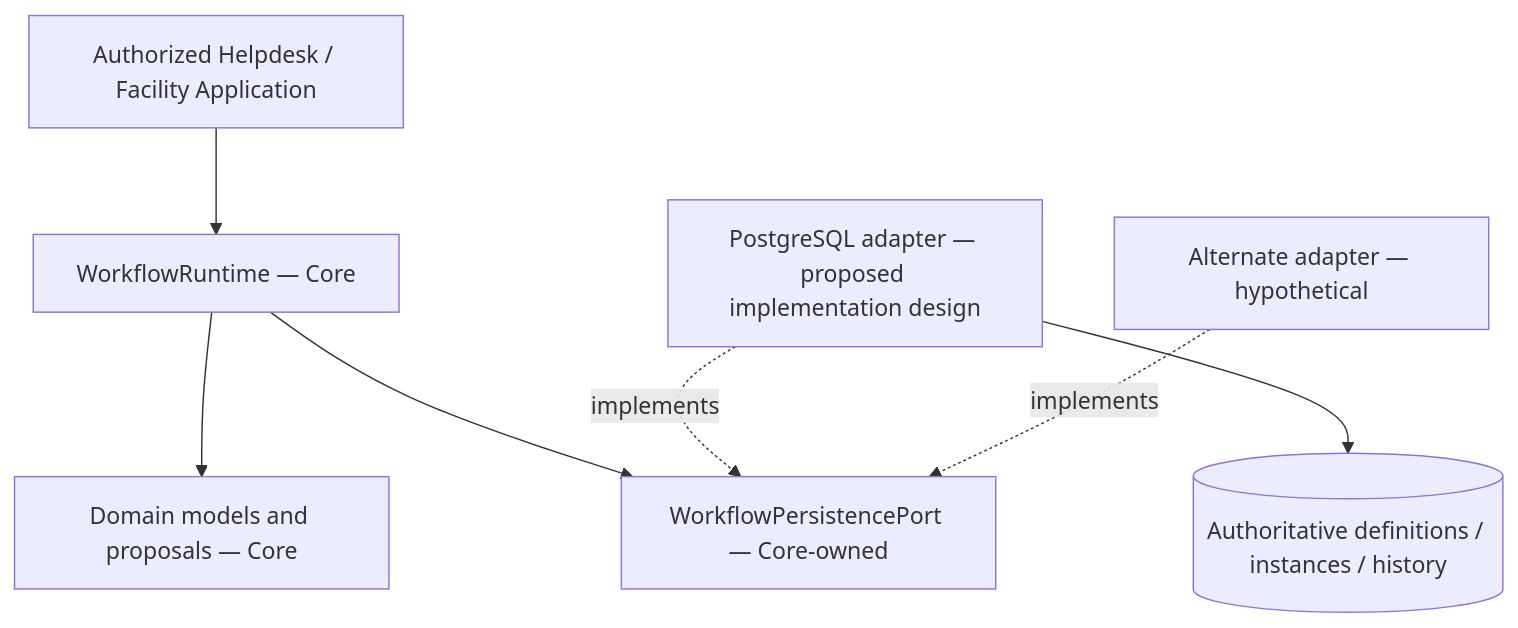
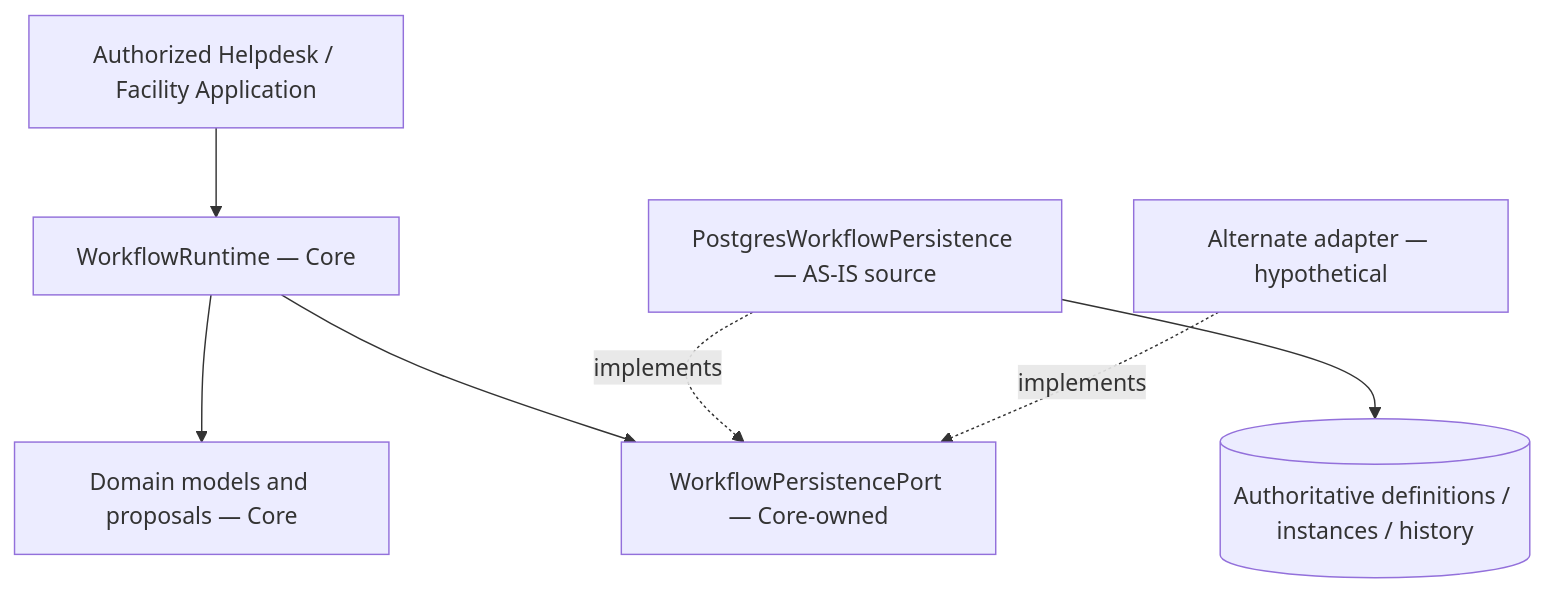
The first of 2 diagrams in docs/02-core/workflow/persistence.md (lexuanbao258-collab/dxos-open-core), drawn with Mermaid before and after one commit. The commit also changed other lines of this file and 7 other files, not shown here.

````diff
--- a/docs/02-core/workflow/persistence.md
+++ b/docs/02-core/workflow/persistence.md
@@ -30,9 +31,9 @@
 ```mermaid
 flowchart TD
     A[Authorized Helpdesk / Facility Application] --> R[WorkflowRuntime — Core]
     R --> D[Domain models and proposals — Core]
     R --> P[WorkflowPersistencePort — Core-owned]
-    PG[PostgreSQL adapter — proposed implementation design] -. implements .-> P
+    PG[PostgresWorkflowPersistence — AS-IS source] -. implements .-> P
     ALT[Alternate adapter — hypothetical] -. implements .-> P
     PG --> DB[(Authoritative definitions / instances / history)]
 ```
````
